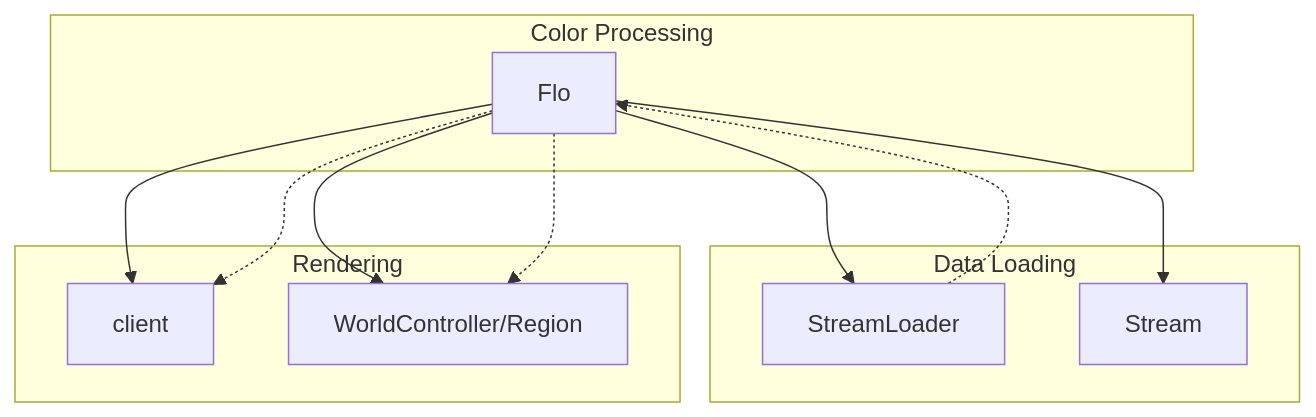
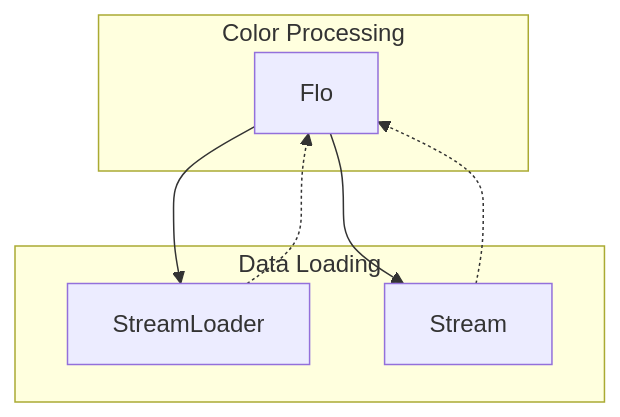
One commit to daxxog/solmud changed the diagram in bytecode/mapping/evidence/verified/Flo_MNHKFPQO.md. Above: the diagram before and after it, drawn with Mermaid. The commit also changed 19 other files, not shown here.

````diff
--- a/bytecode/mapping/evidence/verified/Flo_MNHKFPQO.md
+++ b/bytecode/mapping/evidence/verified/Flo_MNHKFPQO.md
@@ -15,25 +15,17 @@
 ```mermaid
 graph TD
-    Flo --> Client[client]
     Flo --> StreamLoader[StreamLoader]
     Flo --> Stream[Stream]
-    Flo --> World[WorldController/Region]
 
     subgraph "Data Loading"
         StreamLoader
         Stream
     end
 
     subgraph "Color Processing"
         Flo
     end
 
-    subgraph "Rendering"
-        Client
-        World
-    end
-
     StreamLoader -.-> Flo
-    Flo -.-> Client
-    Flo -.-> World
+    Stream -.-> Flo
 ```
````
